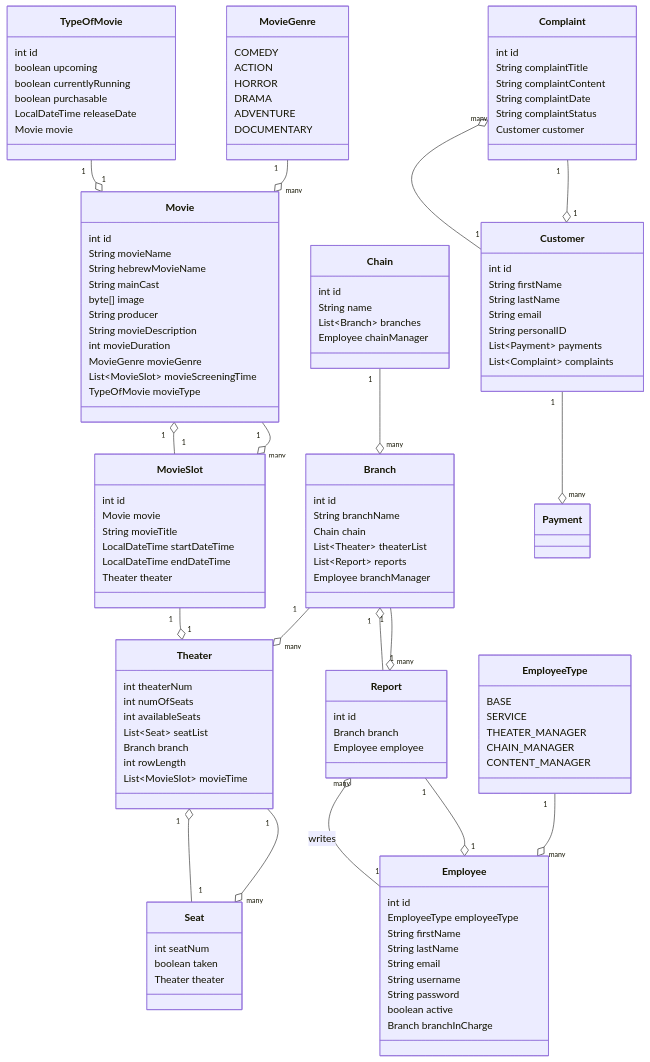
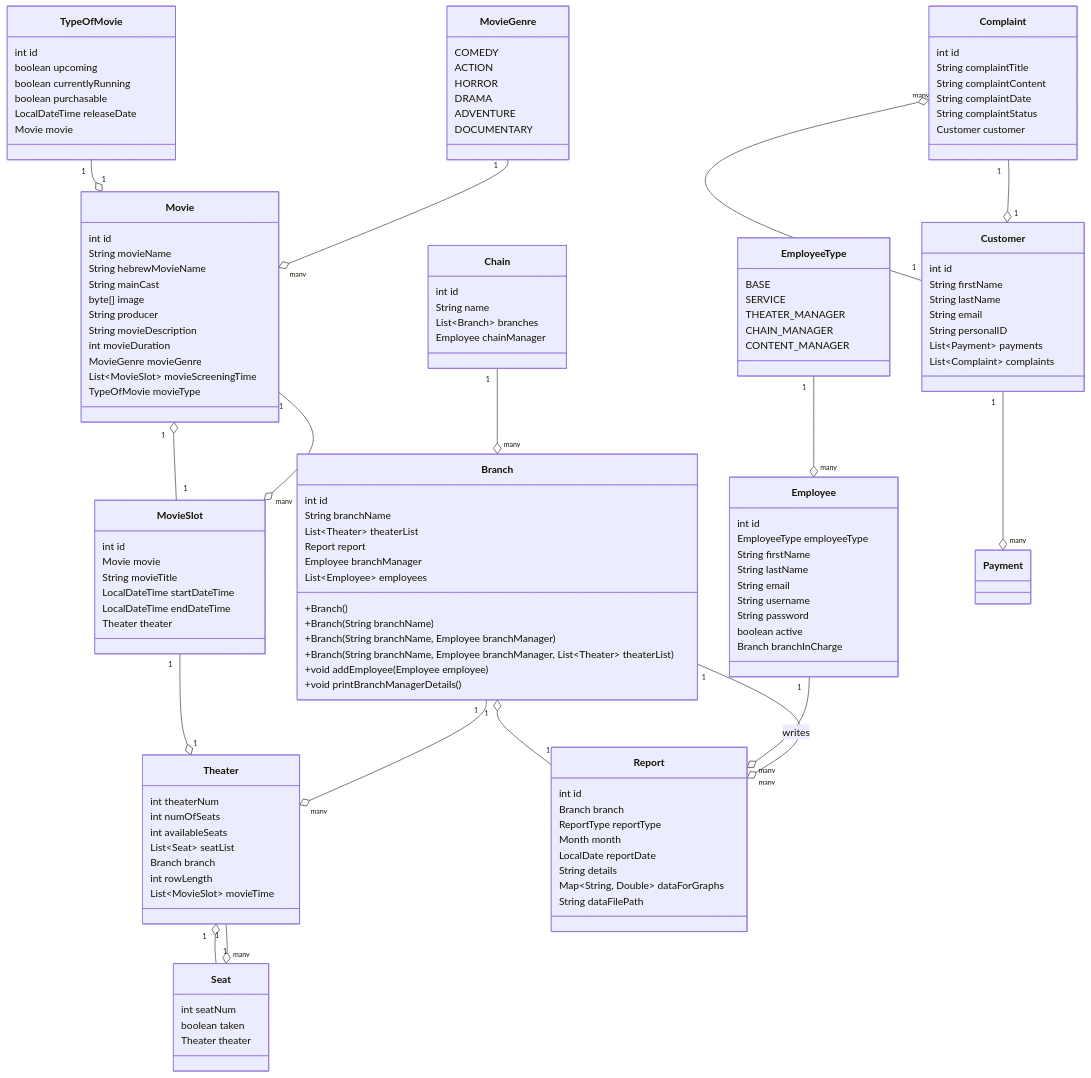
One commit to evya1/software_design_project changed the first of 2 diagrams in doc/ENTITY_OVERVIEW.md. Above: the diagram before and after it, drawn with Mermaid. The commit also changed other lines of this file and 7 other files, not shown here.

````diff
--- a/doc/ENTITY_OVERVIEW.md
+++ b/doc/ENTITY_OVERVIEW.md
@@ -22,10 +22,16 @@
   class Branch {
     int id
     String branchName
-    Chain chain
     List~Theater~ theaterList
-    List~Report~ reports
+    Report report
     Employee branchManager
+    List~Employee~ employees
+    +Branch()
+    +Branch(String branchName)
+    +Branch(String branchName, Employee branchManager)
+    +Branch(String branchName, Employee branchManager, List~Theater~ theaterList)
+    +void addEmployee(Employee employee)
+    +void printBranchManagerDetails()
   }
   class Chain {
     int id
@@ -95,7 +101,12 @@
   class Report {
     int id
     Branch branch
-    Employee employee
+    ReportType reportType
+    Month month
+    LocalDate reportDate
+    String details
+    Map~String, Double~ dataForGraphs
+    String dataFilePath
   }
   class Customer {
     int id
@@ -140,6 +151,5 @@
   TypeOfMovie "1" --o "1" Movie
   Complaint "1" --o "1" Customer
   Report "1" --o "1" Branch
-  Report "1" --o "1" Employee
   Seat "1" --o "1" Theater
 ```
````
